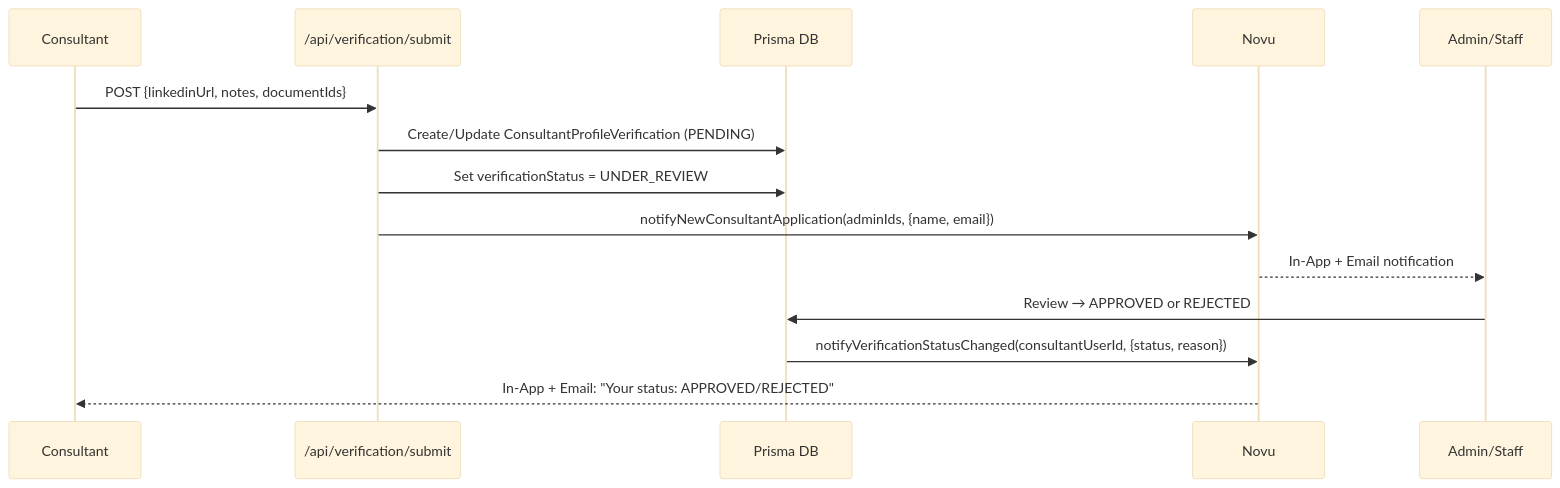
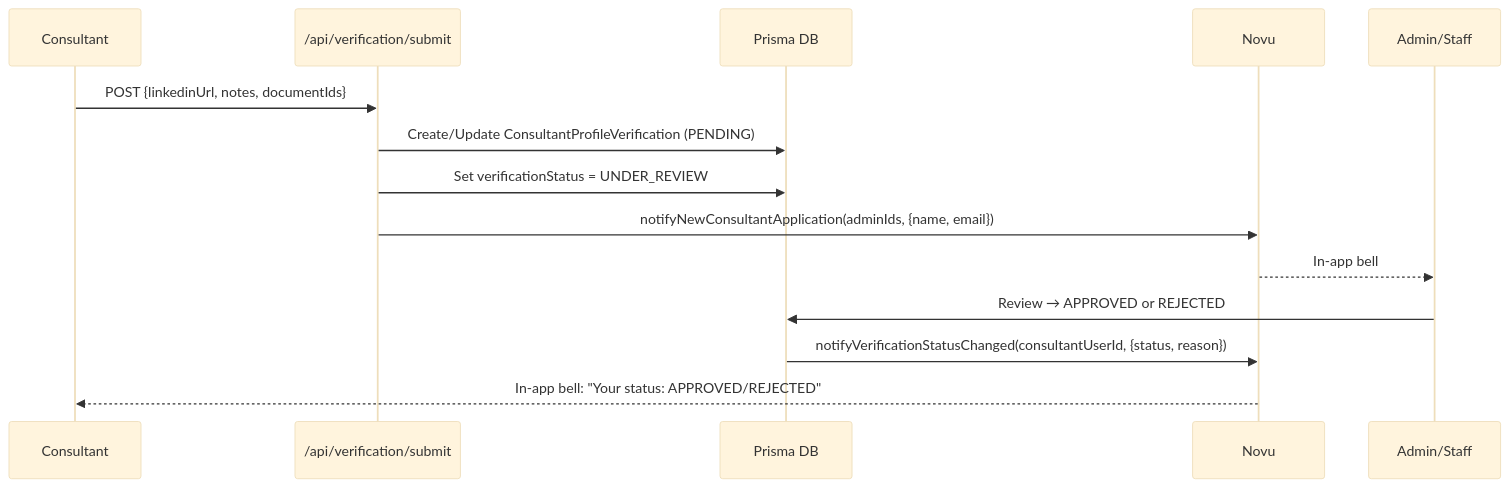
One commit to Practitionist/familiarise_web changed the fourth of 5 diagrams in docs/notifications/04-ecosystem-architecture.md. Above: the diagram before and after it, drawn with Mermaid (base theme). The commit also changed other lines of this file and 18 other files, not shown here.

````diff
--- a/docs/notifications/04-ecosystem-architecture.md
+++ b/docs/notifications/04-ecosystem-architecture.md
@@ -383,18 +361,18 @@
 ```mermaid
 sequenceDiagram
     participant Consultant
     participant API as /api/verification/submit
     participant DB as Prisma DB
     participant Novu as Novu
     participant Admin as Admin/Staff
 
     Consultant->>API: POST {linkedinUrl, notes, documentIds}
     API->>DB: Create/Update ConsultantProfileVerification (PENDING)
     API->>DB: Set verificationStatus = UNDER_REVIEW
     API->>Novu: notifyNewConsultantApplication(adminIds, {name, email})
-    Novu-->>Admin: In-App + Email notification
+    Novu-->>Admin: In-app bell
 
     Admin->>DB: Review → APPROVED or REJECTED
     DB->>Novu: notifyVerificationStatusChanged(consultantUserId, {status, reason})
-    Novu-->>Consultant: In-App + Email: "Your status: APPROVED/REJECTED"
+    Novu-->>Consultant: In-app bell: "Your status: APPROVED/REJECTED"
 ```
````
